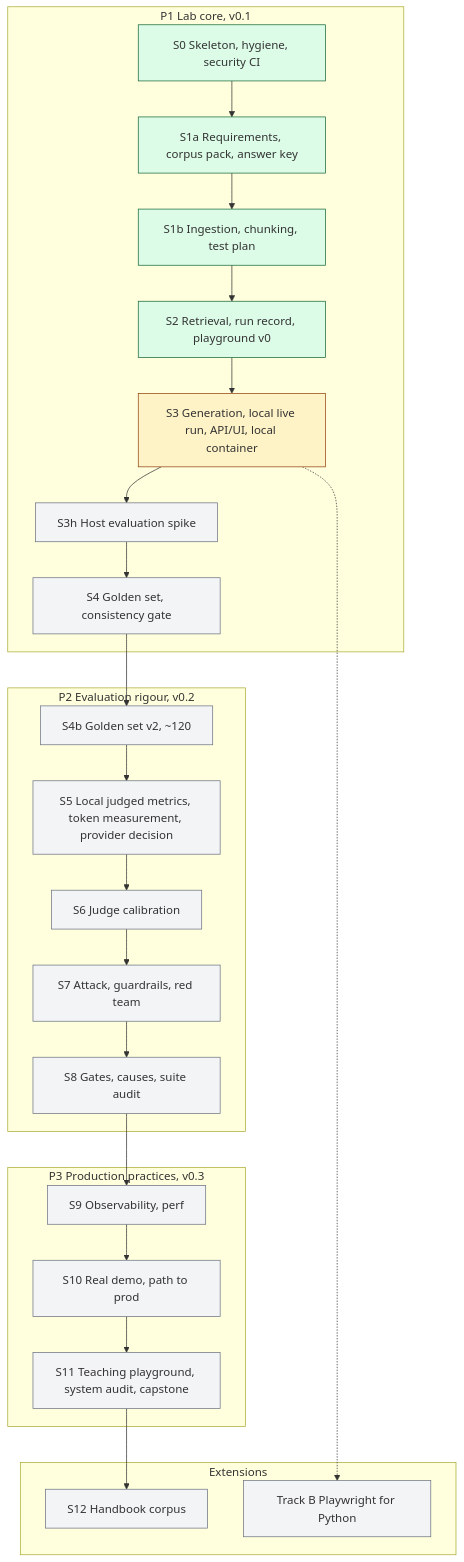
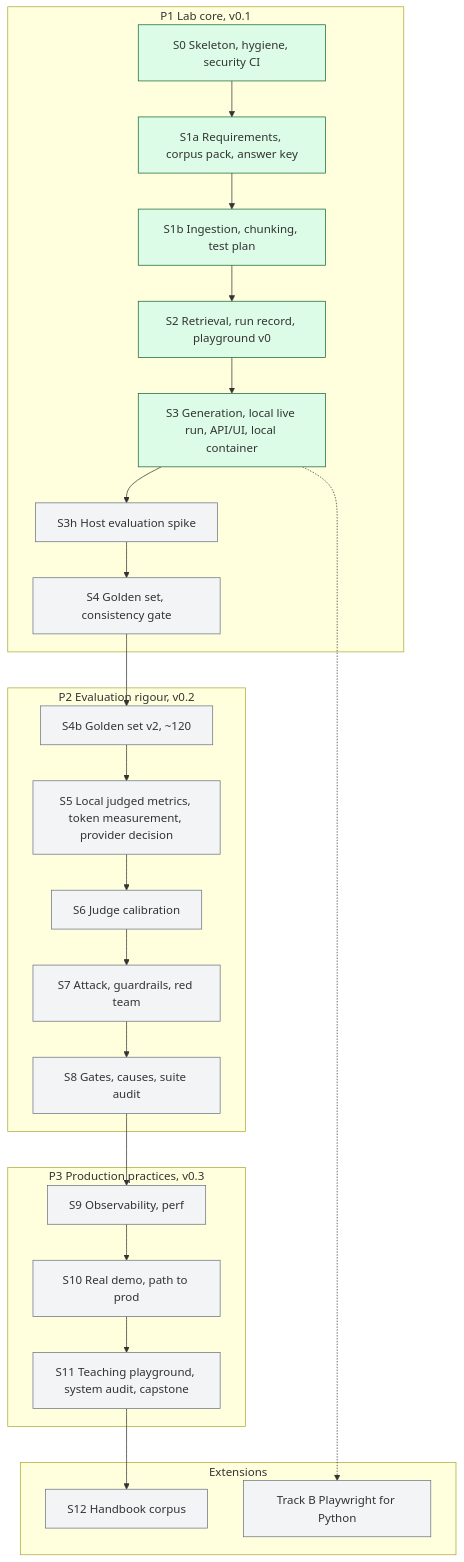
The diagram in README.md (willcoliveira/ai-testing-rag-lab), drawn with Mermaid before and after one commit. The commit also changed other lines of this file and 11 other files, not shown here.

````diff
--- a/README.md
+++ b/README.md
@@ -23,26 +23,25 @@
 ```mermaid
 flowchart TB
   subgraph P1[P1 Lab core, v0.1]
     S0[S0 Skeleton, hygiene, security CI] --> S1a[S1a Requirements, corpus pack, answer key] --> S1b[S1b Ingestion, chunking, test plan] --> S2[S2 Retrieval, run record, playground v0] --> S3[S3 Generation, local live run, API/UI, local container] --> S3h[S3h Host evaluation spike] --> S4[S4 Golden set, consistency gate]
   end
   subgraph P2[P2 Evaluation rigour, v0.2]
     S4b[S4b Golden set v2, ~120] --> S5[S5 Local judged metrics, token measurement, provider decision] --> S6[S6 Judge calibration] --> S7[S7 Attack, guardrails, red team] --> S8[S8 Gates, causes, suite audit]
   end
   subgraph P3[P3 Production practices, v0.3]
     S9[S9 Observability, perf] --> S10[S10 Real demo, path to prod] --> S11[S11 Teaching playground, system audit, capstone]
   end
   subgraph EXT[Extensions]
     S12[S12 Handbook corpus]
     B[Track B Playwright for Python]
   end
   S4 --> S4b
   S8 --> S9
   S11 --> S12
   S3 -.-> B
   classDef todo fill:#f3f4f6,stroke:#6b7280
   classDef wip fill:#fef3c7,stroke:#92400e
   classDef done fill:#dcfce7,stroke:#166534
-  class S0,S1a,S1b,S2 done
-  class S3 wip
+  class S0,S1a,S1b,S2,S3 done
   class S3h,S4,S4b,S5,S6,S7,S8,S9,S10,S11,S12,B todo
 ```
````
